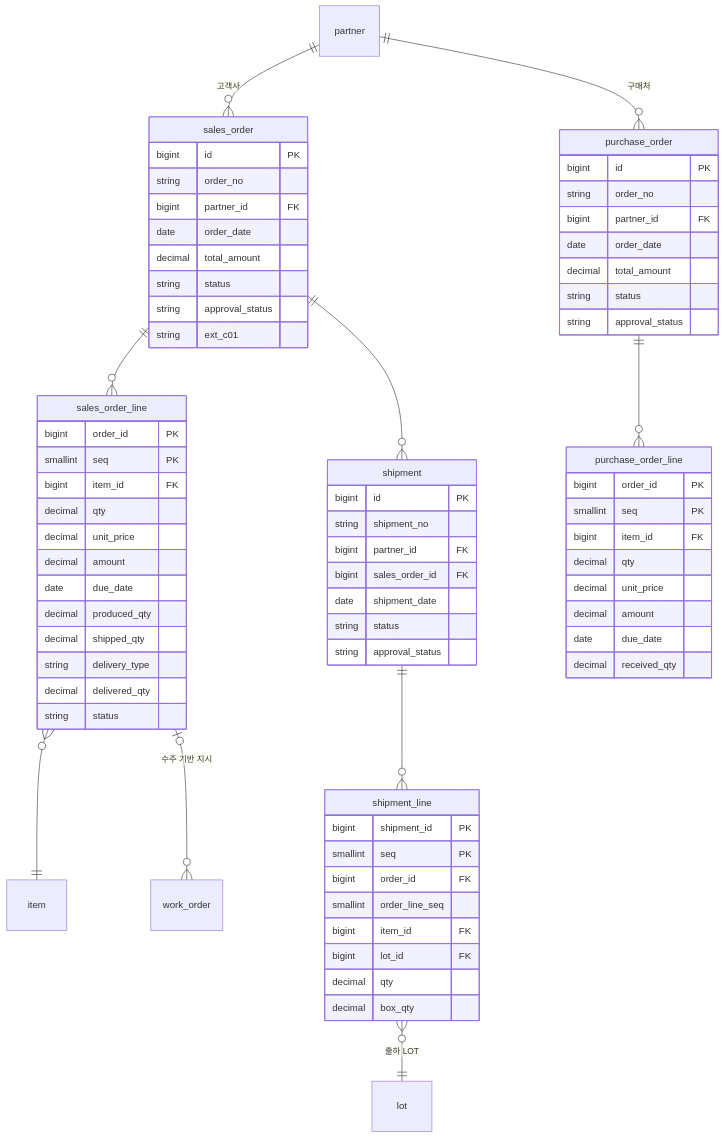
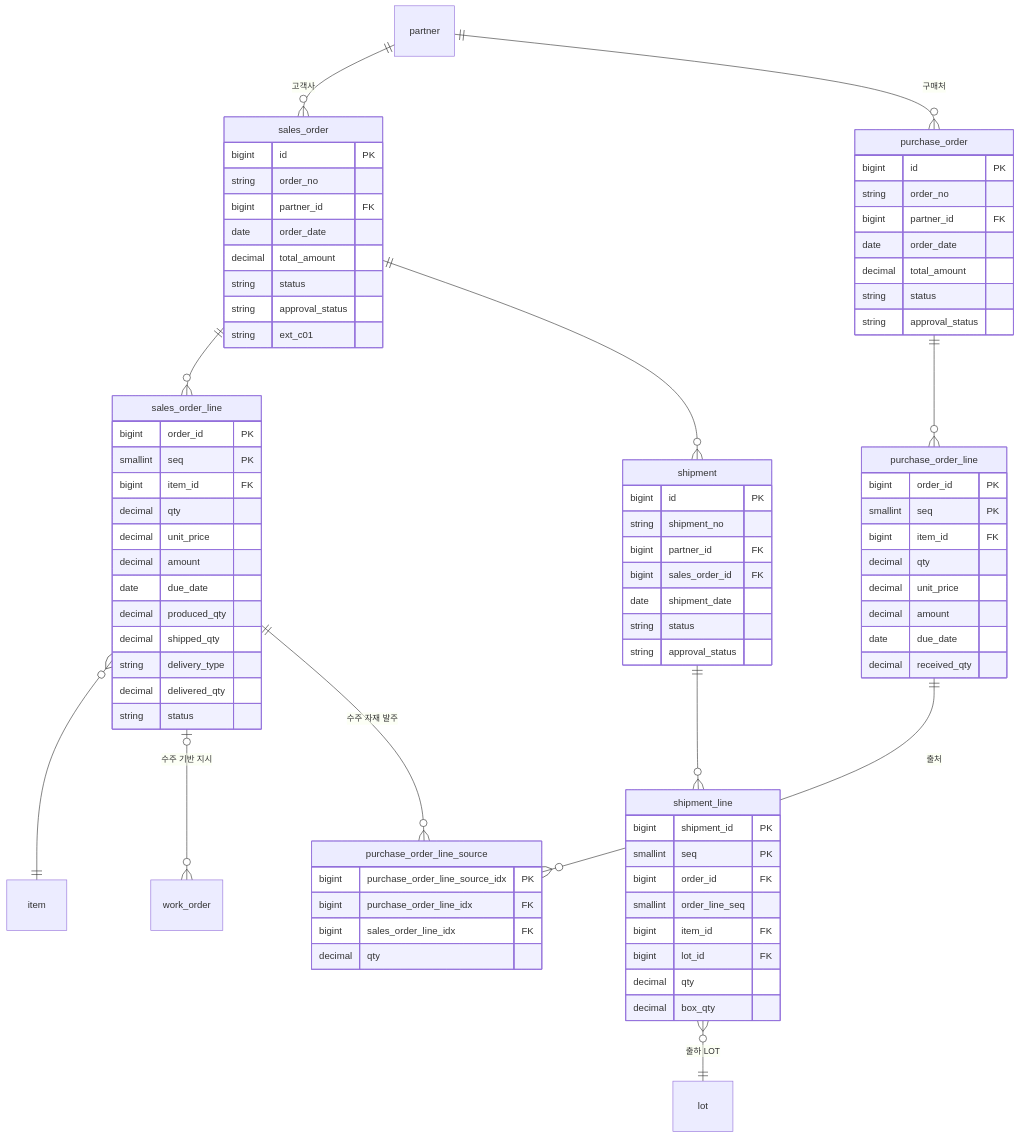
Before and after one commit to kuhyeun/Laravel_ckh: the sixth of 8 diagrams in docs/ERD.md, drawn with Mermaid. The commit also changed 46 other files, not shown here.

```diff
--- a/docs/ERD.md
+++ b/docs/ERD.md
@@ -1078,6 +1078,8 @@
   sales_order_line |o--o{ work_order : "수주 기반 지시"
   partner ||--o{ purchase_order : "구매처"
   purchase_order ||--o{ purchase_order_line : ""
+  purchase_order_line ||--o{ purchase_order_line_source : "출처"
+  sales_order_line ||--o{ purchase_order_line_source : "수주 자재 발주"
   sales_order ||--o{ shipment : ""
   shipment ||--o{ shipment_line : ""
   shipment_line }o--|| lot : "출하 LOT"
@@ -1125,6 +1127,12 @@
     date due_date
     decimal received_qty
   }
+  purchase_order_line_source {
+    bigint purchase_order_line_source_idx PK
+    bigint purchase_order_line_idx FK
+    bigint sales_order_line_idx FK
+    decimal qty
+  }
   shipment {
     bigint id PK
     string shipment_no
```
